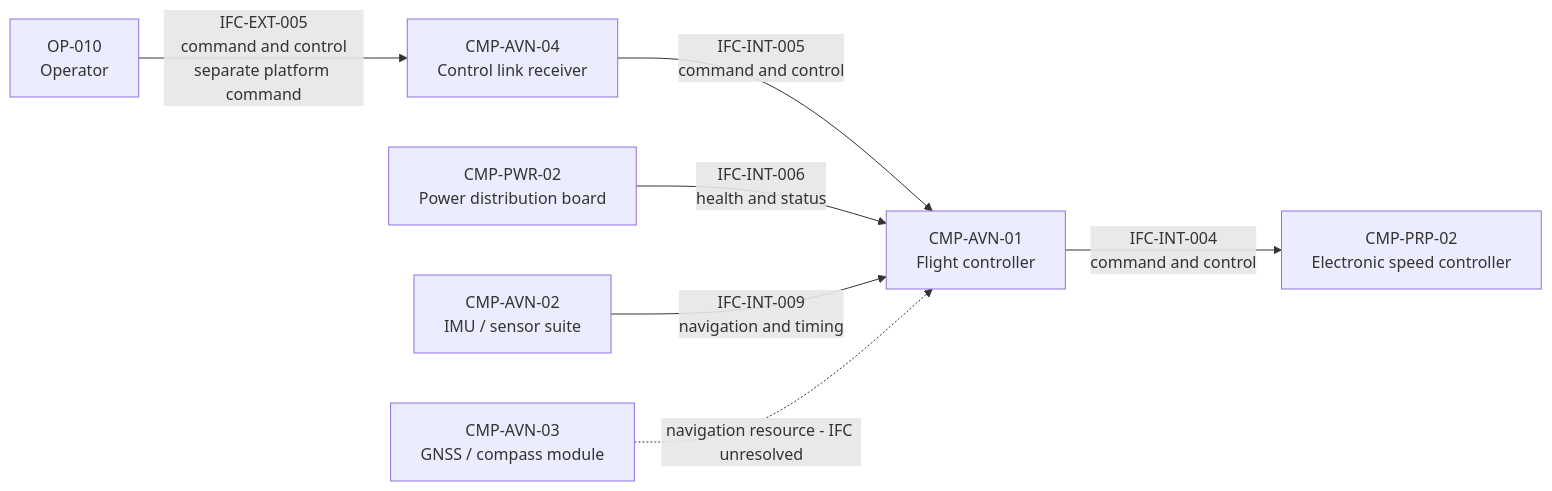
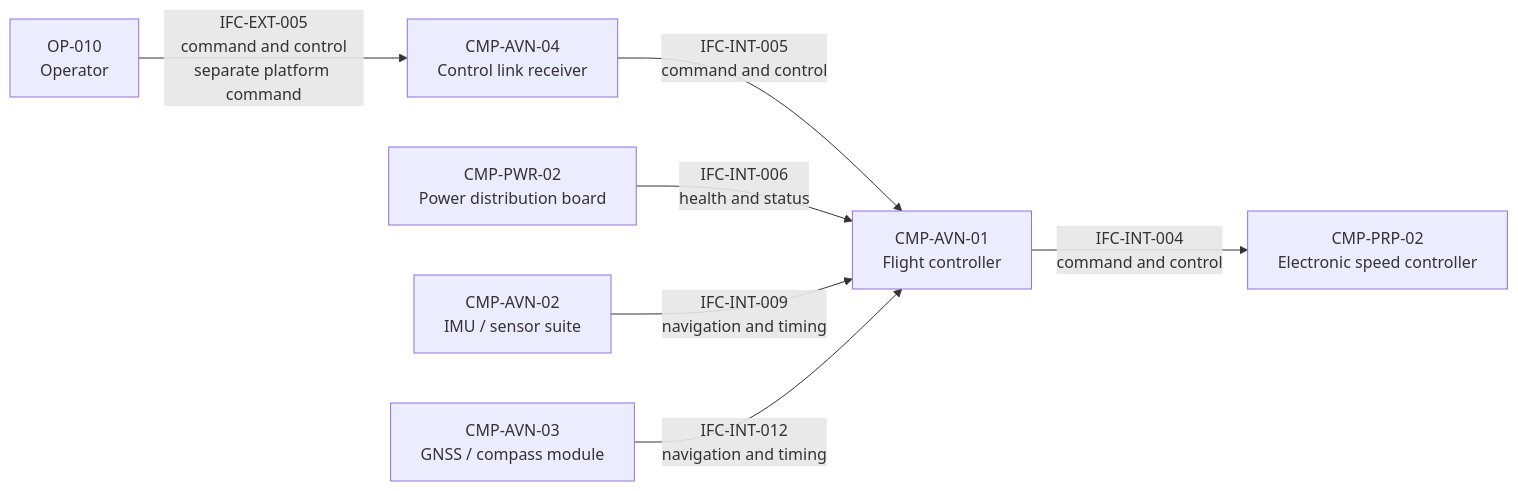
Before and after one commit to noahstephenson/low-cost-relay-uas: the sixth of 22 diagrams in reports/architecture-views.md, drawn with Mermaid. The commit also changed other lines of this file and 11 other files, not shown here.

````diff
--- a/reports/architecture-views.md
+++ b/reports/architecture-views.md
@@ -145,17 +145,17 @@
 ```mermaid
 flowchart LR
     %% Configuration scope: CFG-REP / CFG-DOM
     OP_010["OP-010<br/>Operator"]
     CMP_AVN_01["CMP-AVN-01<br/>Flight controller"]
     CMP_AVN_02["CMP-AVN-02<br/>IMU / sensor suite"]
     CMP_AVN_03["CMP-AVN-03<br/>GNSS / compass module"]
     CMP_AVN_04["CMP-AVN-04<br/>Control link receiver"]
     CMP_PRP_02["CMP-PRP-02<br/>Electronic speed controller"]
     CMP_PWR_02["CMP-PWR-02<br/>Power distribution board"]
     OP_010 -->|"IFC-EXT-005<br/>command and control<br/>separate platform command"| CMP_AVN_04
     CMP_AVN_04 -->|"IFC-INT-005<br/>command and control"| CMP_AVN_01
     CMP_AVN_01 -->|"IFC-INT-004<br/>command and control"| CMP_PRP_02
     CMP_PWR_02 -->|"IFC-INT-006<br/>health and status"| CMP_AVN_01
     CMP_AVN_02 -->|"IFC-INT-009<br/>navigation and timing"| CMP_AVN_01
-    CMP_AVN_03 -.->|"navigation resource - IFC unresolved"| CMP_AVN_01
+    CMP_AVN_03 -->|"IFC-INT-012<br/>navigation and timing"| CMP_AVN_01
 ```
````
